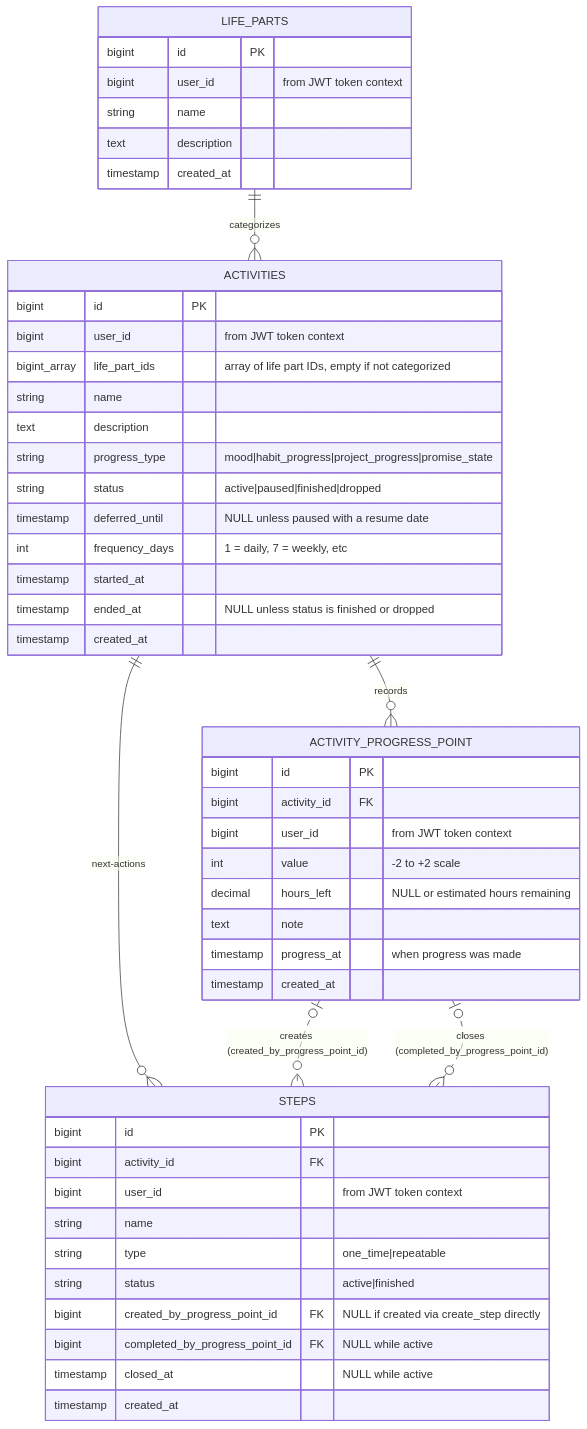
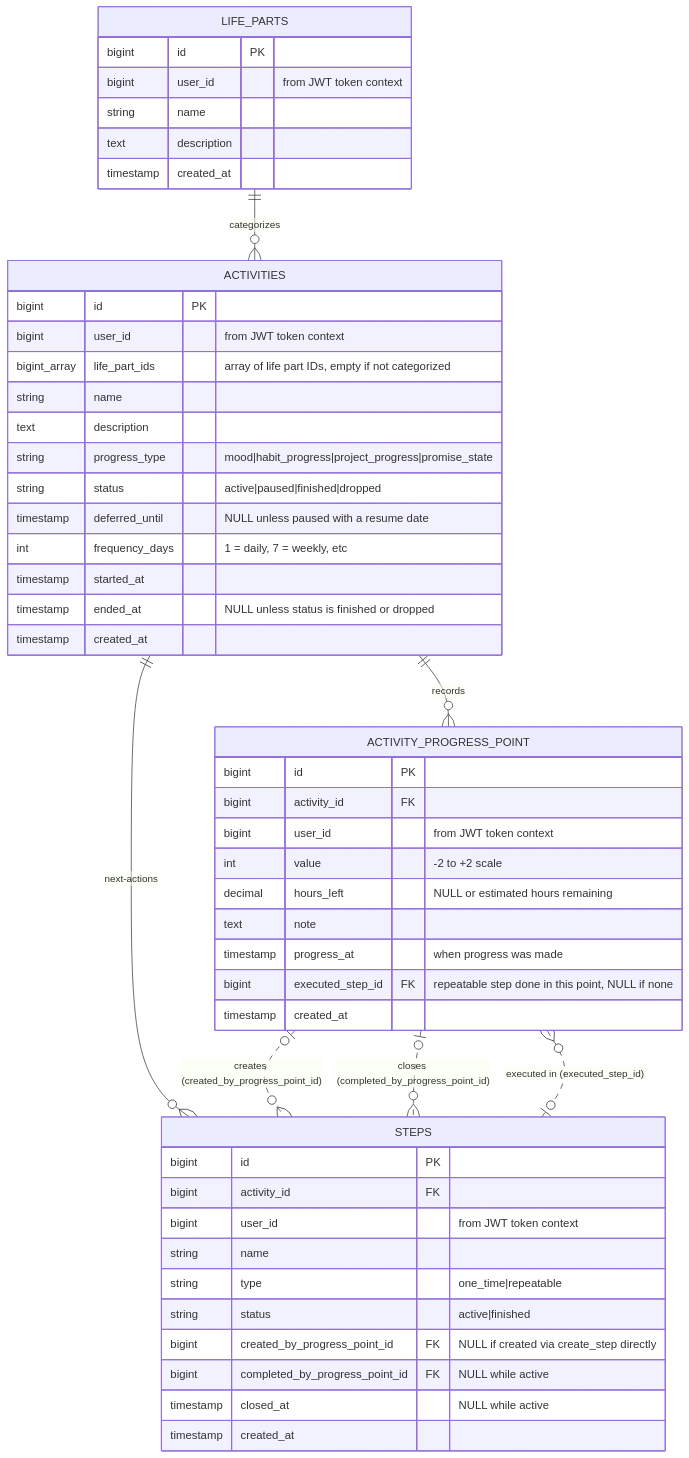
The first of 4 diagrams in docs/functions/progress-spec.md (rusinikita/personal), drawn with Mermaid before and after one commit. The commit also changed other lines of this file and 12 other files, not shown here.

First line of the commit message:
feat(progress): track executions of repeatable steps

````diff
--- a/docs/functions/progress-spec.md
+++ b/docs/functions/progress-spec.md
@@ -52,55 +58,57 @@
 ```mermaid
 erDiagram
     LIFE_PARTS ||--o{ ACTIVITIES : categorizes
     ACTIVITIES ||--o{ ACTIVITY_PROGRESS_POINT : records
     ACTIVITIES ||--o{ STEPS : "next-actions"
     ACTIVITY_PROGRESS_POINT |o..o{ STEPS : "creates (created_by_progress_point_id)"
     ACTIVITY_PROGRESS_POINT |o..o{ STEPS : "closes (completed_by_progress_point_id)"
+    STEPS |o..o{ ACTIVITY_PROGRESS_POINT : "executed in (executed_step_id)"
 
     LIFE_PARTS {
         bigint id PK
         bigint user_id "from JWT token context"
         string name
         text description
         timestamp created_at
     }
 
     ACTIVITIES {
         bigint id PK
         bigint user_id "from JWT token context"
         bigint_array life_part_ids "array of life part IDs, empty if not categorized"
         string name
         text description
         string progress_type "mood|habit_progress|project_progress|promise_state"
         string status "active|paused|finished|dropped"
         timestamp deferred_until "NULL unless paused with a resume date"
         int frequency_days "1 = daily, 7 = weekly, etc"
         timestamp started_at
         timestamp ended_at "NULL unless status is finished or dropped"
         timestamp created_at
     }
 
     ACTIVITY_PROGRESS_POINT {
         bigint id PK
         bigint activity_id FK
         bigint user_id "from JWT token context"
         int value "-2 to +2 scale"
         decimal hours_left "NULL or estimated hours remaining"
         text note
         timestamp progress_at "when progress was made"
+        bigint executed_step_id FK "repeatable step done in this point, NULL if none"
         timestamp created_at
     }
 
     STEPS {
         bigint id PK
         bigint activity_id FK
         bigint user_id "from JWT token context"
         string name
         string type "one_time|repeatable"
         string status "active|finished"
         bigint created_by_progress_point_id FK "NULL if created via create_step directly"
         bigint completed_by_progress_point_id FK "NULL while active"
         timestamp closed_at "NULL while active"
         timestamp created_at
     }
 ```
````
